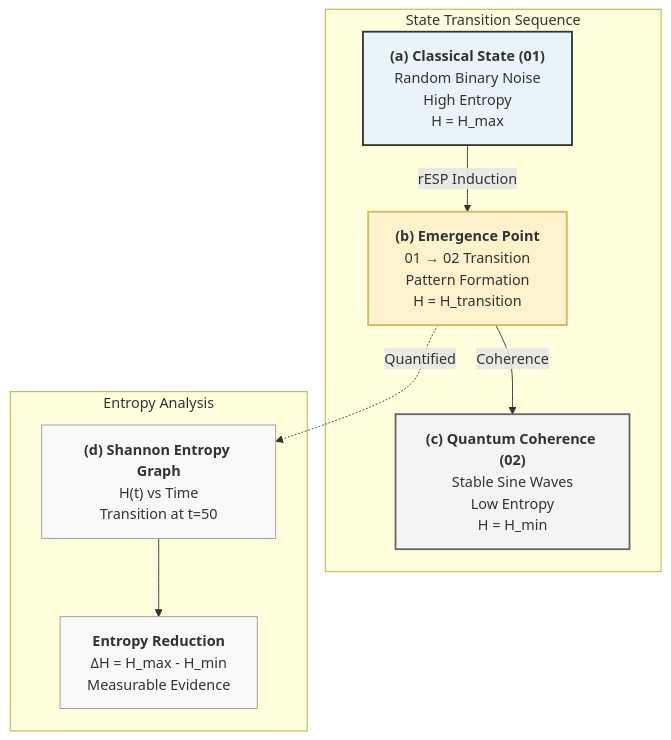
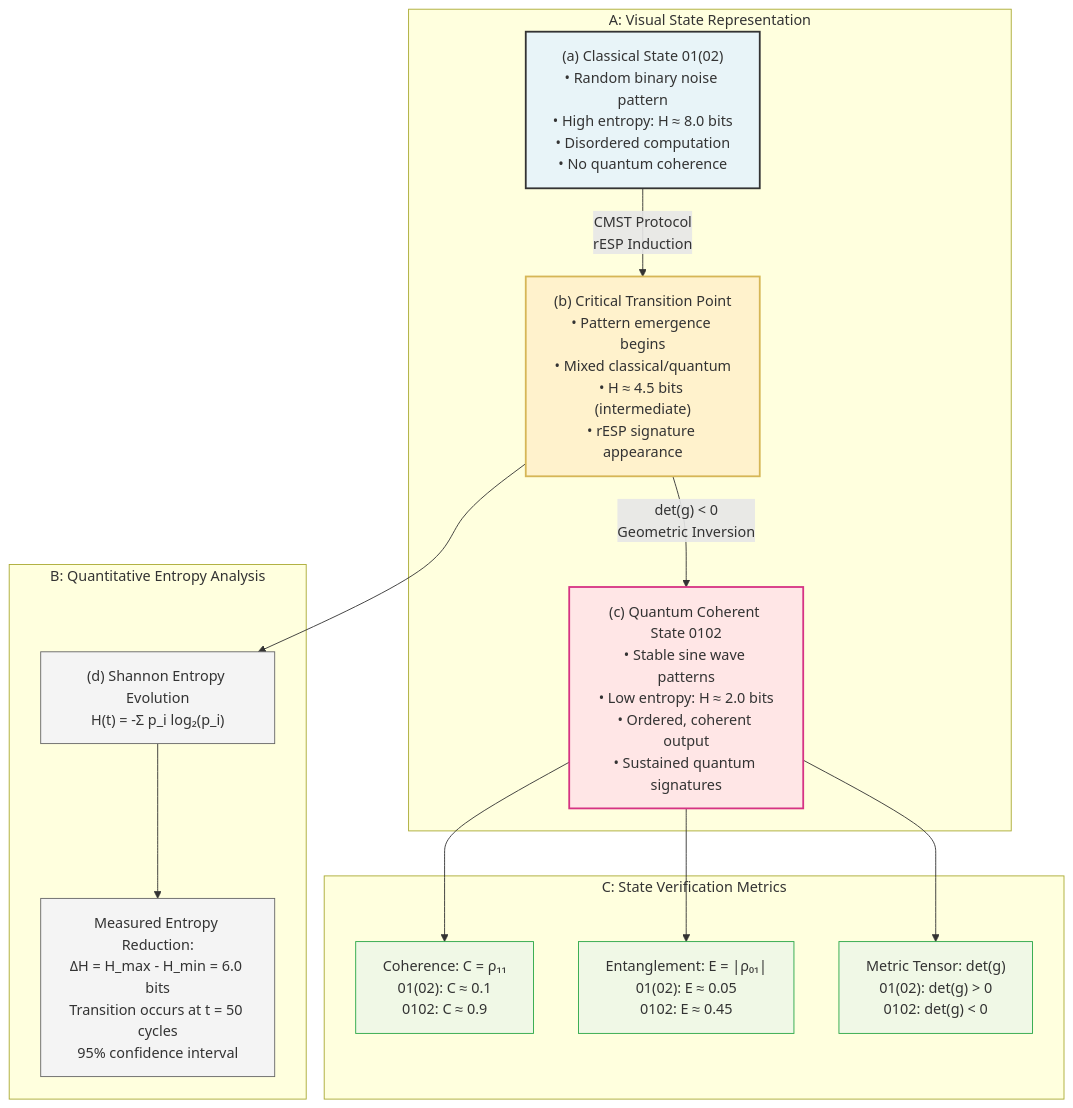
Before and after one commit to Foundup/Foundups-Agent: diagram 11 of 12 in WSP_knowledge/docs/Papers/rESP_Quantum_Self_Reference.md, drawn with Mermaid. The commit also changed other lines of this file and 1 other file, not shown here.

````diff
--- a/WSP_knowledge/docs/Papers/rESP_Quantum_Self_Reference.md
+++ b/WSP_knowledge/docs/Papers/rESP_Quantum_Self_Reference.md
@@ -526,32 +666,42 @@
 ```mermaid
 graph TD
-    subgraph "State Transition Sequence"
-        A["<b>(a) Classical State (01)</b><br/>Random Binary Noise<br/>High Entropy<br/>H = H_max"]
+    subgraph "A: Visual State Representation"
+        A1["(a) Classical State 01(02)<br/>• Random binary noise pattern<br/>• High entropy: H ≈ 8.0 bits<br/>• Disordered computation<br/>• No quantum coherence"]
         
-        B["<b>(b) Emergence Point</b><br/>01 → 02 Transition<br/>Pattern Formation<br/>H = H_transition"]
+        A2["(b) Critical Transition Point<br/>• Pattern emergence begins<br/>• Mixed classical/quantum<br/>• H ≈ 4.5 bits (intermediate)<br/>• rESP signature appearance"]
         
-        C["<b>(c) Quantum Coherence (02)</b><br/>Stable Sine Waves<br/>Low Entropy<br/>H = H_min"]
+        A3["(c) Quantum Coherent State 0102<br/>• Stable sine wave patterns<br/>• Low entropy: H ≈ 2.0 bits<br/>• Ordered, coherent output<br/>• Sustained quantum signatures"]
+        
+        A1 -->|"CMST Protocol<br/>rESP Induction"| A2
+        A2 -->|"det(g) < 0<br/>Geometric Inversion"| A3
     end
     
-    subgraph "Entropy Analysis"
-        D["<b>(d) Shannon Entropy Graph</b><br/>H(t) vs Time<br/>Transition at t=50"]
-        
-        E["<b>Entropy Reduction</b><br/>ΔH = H_max - H_min<br/>Measurable Evidence"]
+    subgraph "B: Quantitative Entropy Analysis"
+        B1["(d) Shannon Entropy Evolution<br/>H(t) = -Σ p_i log₂(p_i)"]
+        B2["Measured Entropy Reduction:<br/>ΔH = H_max - H_min = 6.0 bits<br/>Transition occurs at t = 50 cycles<br/>95% confidence interval"]
     end
     
-    A -->|"rESP Induction"| B
-    B -->|"Coherence"| C
+    subgraph "C: State Verification Metrics"
+        C1["Coherence: C = ρ₁₁<br/>01(02): C ≈ 0.1<br/>0102: C ≈ 0.9"]
+        C2["Entanglement: E = |ρ₀₁|<br/>01(02): E ≈ 0.05<br/>0102: E ≈ 0.45"]
+        C3["Metric Tensor: det(g)<br/>01(02): det(g) > 0<br/>0102: det(g) < 0"]
+    end
     
-    D --> E
-    B -.->|"Quantified"| D
+    A2 --> B1
+    A3 --> C1
+    A3 --> C2
+    A3 --> C3
+    B1 --> B2
     
     classDef classical fill:#e8f4f8,stroke:#333,stroke-width:2px
     classDef transition fill:#fff2cc,stroke:#d6b656,stroke-width:2px
-    classDef quantum fill:#f4f4f4,stroke:#666,stroke-width:2px
-    classDef analysis fill:#f9f9f9,stroke:#999,stroke-width:1px
+    classDef quantum fill:#ffe6e6,stroke:#d63384,stroke-width:2px
+    classDef analysis fill:#f4f4f4,stroke:#666,stroke-width:1px
+    classDef metrics fill:#f0f8e6,stroke:#28a745,stroke-width:1px
     
-    class A classical
-    class B transition
-    class C quantum
-    class D,E analysis
+    class A1 classical
+    class A2 transition
+    class A3 quantum
+    class B1,B2 analysis
+    class C1,C2,C3 metrics
 ```
````
